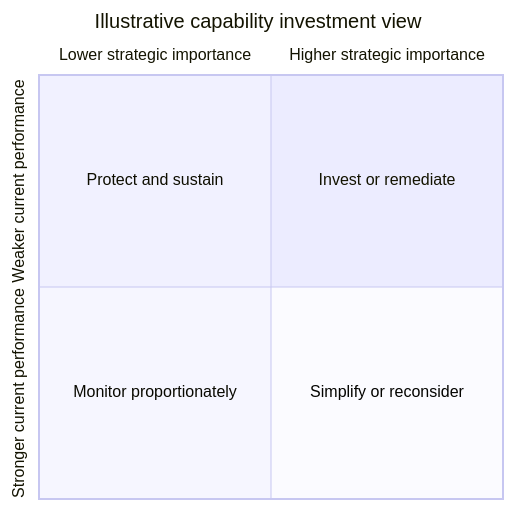
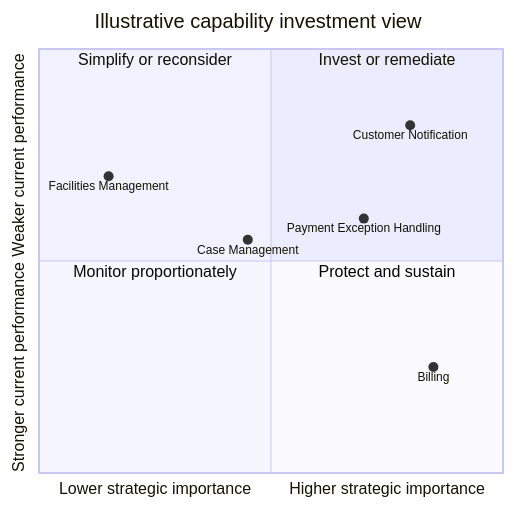
Before and after one commit to joydasss/Architect: the fifth of 9 diagrams in 18_Enterprise_Architecture/CH04_Business_Architecture.md, drawn with Mermaid. The commit also changed other lines of this file and 22 other files, not shown here.

Commit message:
Architecture changes

````diff
--- a/18_Enterprise_Architecture/CH04_Business_Architecture.md
+++ b/18_Enterprise_Architecture/CH04_Business_Architecture.md
@@ -49,10 +272,15 @@
 ```mermaid
 quadrantChart
     title Illustrative capability investment view
     x-axis Lower strategic importance --> Higher strategic importance
     y-axis Stronger current performance --> Weaker current performance
     quadrant-1 Invest or remediate
-    quadrant-2 Protect and sustain
+    quadrant-2 Simplify or reconsider
     quadrant-3 Monitor proportionately
-    quadrant-4 Simplify or reconsider
+    quadrant-4 Protect and sustain
+    Customer Notification: [0.80, 0.82]
+    Payment Exception Handling: [0.70, 0.60]
+    Billing: [0.85, 0.25]
+    Case Management: [0.45, 0.55]
+    Facilities Management: [0.15, 0.70]
 ```
````
